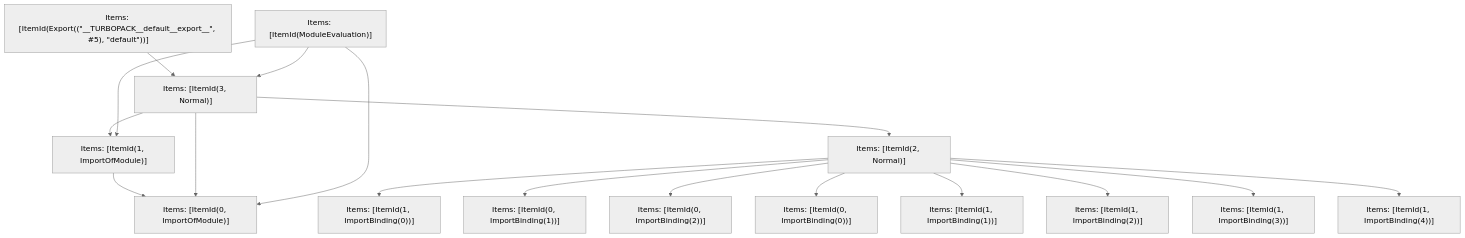
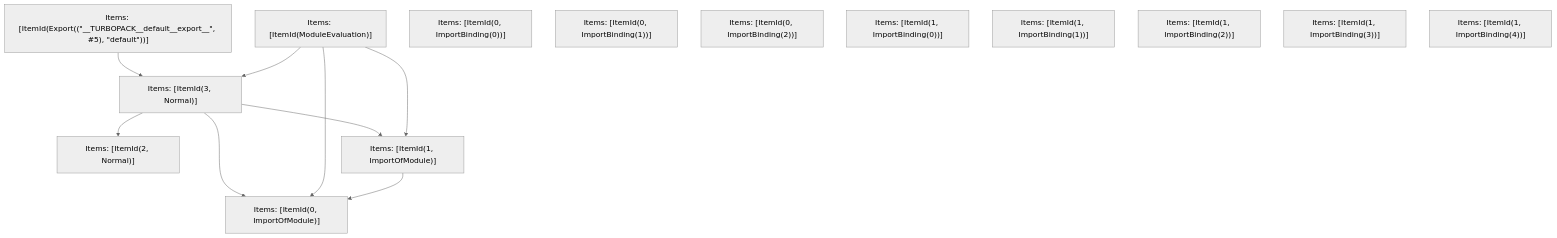
The fifth of 5 diagrams in turbopack/crates/turbopack-ecmascript/tests/tree-shaker/analyzer/amphtml-document/output.md (phidol/next.js), drawn with Mermaid (neutral theme) before and after one commit. The commit also changed other lines of this file and 64 other files, not shown here.

````diff
--- a/turbopack/crates/turbopack-ecmascript/tests/tree-shaker/analyzer/amphtml-document/output.md
+++ b/turbopack/crates/turbopack-ecmascript/tests/tree-shaker/analyzer/amphtml-document/output.md
@@ -282,33 +282,25 @@
 ```mermaid
 graph TD
-    N0["Items: [ItemId(1, ImportBinding(4))]"];
-    N1["Items: [ItemId(1, ImportBinding(3))]"];
-    N2["Items: [ItemId(1, ImportBinding(2))]"];
-    N3["Items: [ItemId(1, ImportBinding(1))]"];
-    N4["Items: [ItemId(0, ImportBinding(0))]"];
-    N5["Items: [ItemId(0, ImportBinding(2))]"];
-    N6["Items: [ItemId(0, ImportBinding(1))]"];
-    N7["Items: [ItemId(1, ImportBinding(0))]"];
-    N8["Items: [ItemId(2, Normal)]"];
-    N9["Items: [ItemId(0, ImportOfModule)]"];
-    N10["Items: [ItemId(1, ImportOfModule)]"];
-    N11["Items: [ItemId(3, Normal)]"];
-    N12["Items: [ItemId(ModuleEvaluation)]"];
-    N13["Items: [ItemId(Export((&quot;__TURBOPACK__default__export__&quot;, #5), &quot;default&quot;))]"];
-    N10 --> N9;
-    N8 --> N7;
-    N8 --> N6;
-    N8 --> N5;
-    N8 --> N4;
-    N8 --> N3;
-    N8 --> N2;
-    N8 --> N1;
-    N8 --> N0;
-    N11 --> N8;
-    N11 --> N9;
-    N11 --> N10;
-    N13 --> N11;
-    N12 --> N9;
-    N12 --> N10;
-    N12 --> N11;
+    N0["Items: [ItemId(ModuleEvaluation)]"];
+    N1["Items: [ItemId(Export((&quot;__TURBOPACK__default__export__&quot;, #5), &quot;default&quot;))]"];
+    N2["Items: [ItemId(2, Normal)]"];
+    N3["Items: [ItemId(0, ImportOfModule)]"];
+    N4["Items: [ItemId(1, ImportOfModule)]"];
+    N5["Items: [ItemId(3, Normal)]"];
+    N6["Items: [ItemId(0, ImportBinding(0))]"];
+    N7["Items: [ItemId(0, ImportBinding(1))]"];
+    N8["Items: [ItemId(0, ImportBinding(2))]"];
+    N9["Items: [ItemId(1, ImportBinding(0))]"];
+    N10["Items: [ItemId(1, ImportBinding(1))]"];
+    N11["Items: [ItemId(1, ImportBinding(2))]"];
+    N12["Items: [ItemId(1, ImportBinding(3))]"];
+    N13["Items: [ItemId(1, ImportBinding(4))]"];
+    N4 --> N3;
+    N0 --> N5;
+    N0 --> N4;
+    N0 --> N3;
+    N1 --> N5;
+    N5 --> N4;
+    N5 --> N3;
+    N5 --> N2;
 ```
````
